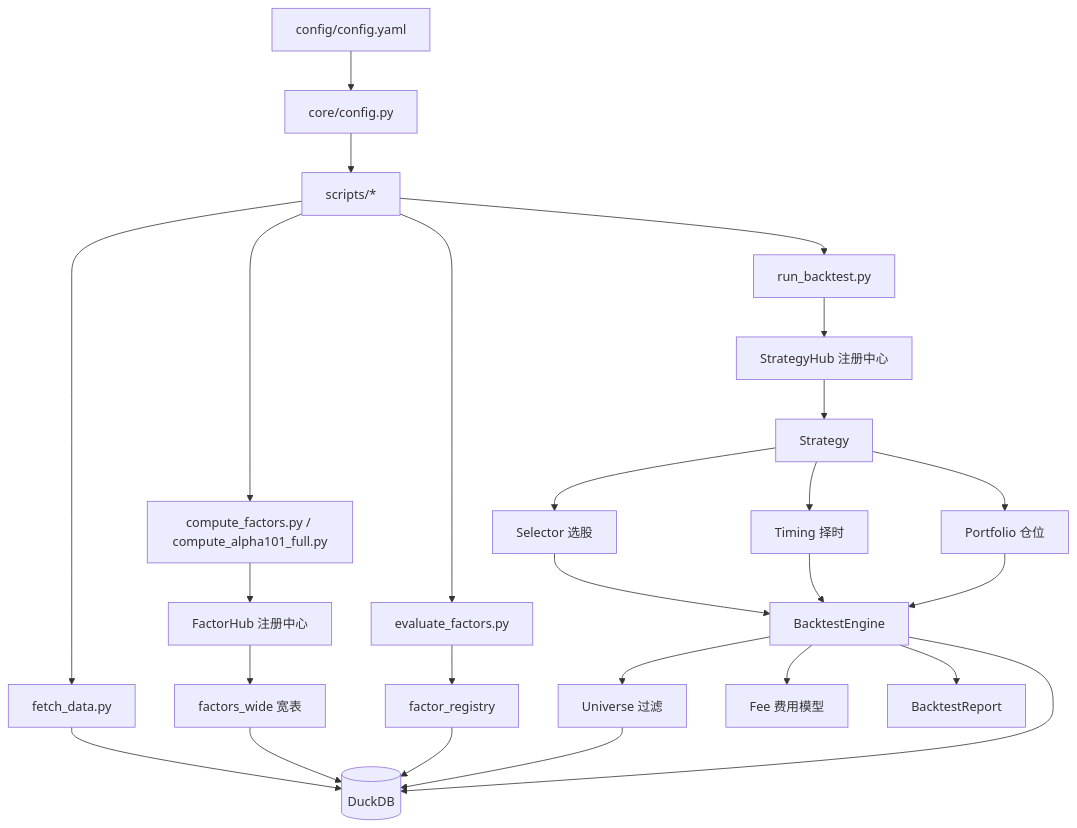
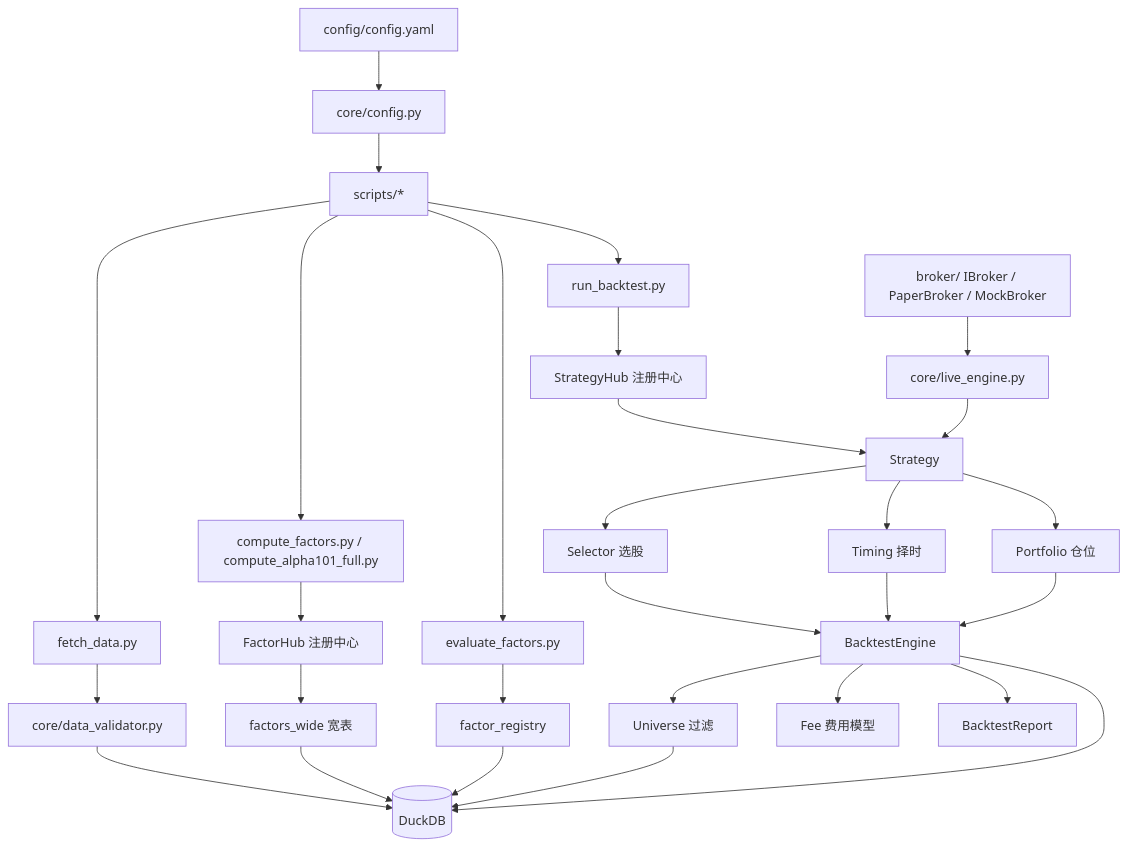
One commit to zeshawnwang/zequant changed the diagram in README.md. Above: the diagram before and after it, drawn with Mermaid. The commit also changed other lines of this file and 25 other files, not shown here.

````diff
--- a/README.md
+++ b/README.md
@@ -514,27 +535,31 @@
 ```mermaid
 graph TB
     Config[config/config.yaml] --> Loader[core/config.py]
     Loader --> Scripts[scripts/*]
 
-    Scripts --> Fetch[fetch_data.py] --> DB[(DuckDB)]
+    Scripts --> Fetch[fetch_data.py] --> Validator[core/data_validator.py]
+    Validator --> DB[(DuckDB)]
     Scripts --> Compute[compute_factors.py / compute_alpha101_full.py]
     Compute --> FactorHub[FactorHub 注册中心]
     FactorHub --> Wide[factors_wide 宽表] --> DB
     Scripts --> Eval[evaluate_factors.py]
     Eval --> Registry[factor_registry] --> DB
 
     Scripts --> Backtest[run_backtest.py]
     Backtest --> StrategyHub[StrategyHub 注册中心]
     StrategyHub --> Strategy
     Strategy --> Selector[Selector 选股]
     Strategy --> Timing[Timing 择时]
     Strategy --> Portfolio[Portfolio 仓位]
     Selector --> Engine[BacktestEngine]
     Timing --> Engine
     Portfolio --> Engine
     Engine --> Universe[Universe 过滤]
     Engine --> Fee[Fee 费用模型]
     Engine --> Report[BacktestReport]
     Universe --> DB
     Engine --> DB
+
+    Broker[broker/ IBroker / PaperBroker / MockBroker] --> Live[core/live_engine.py]
+    Live --> Strategy
 ```
````
